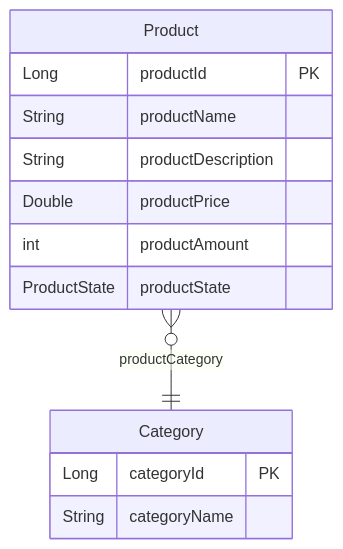
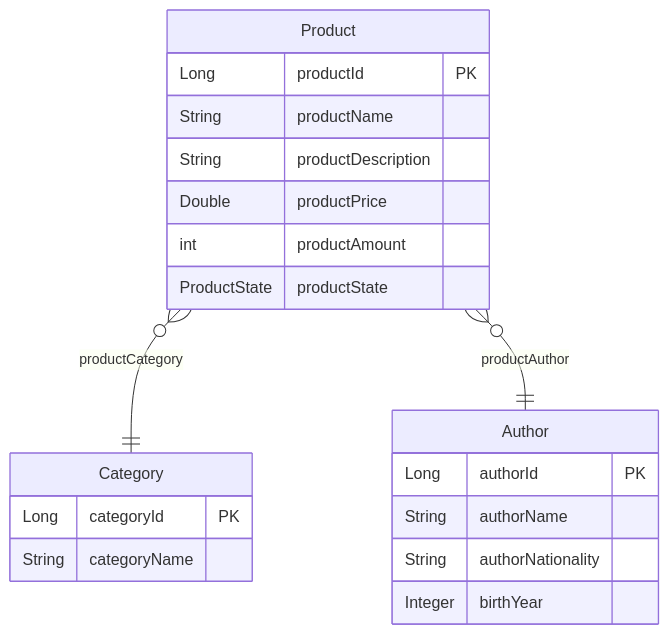
The third of 4 diagrams in README.md (AndresGraneroSala/inventory-api), drawn with Mermaid before and after one commit. The commit also changed other lines of this file and 12 other files, not shown here.

Commit message:
(full opencode test) add Author entity with full CRUD and Product relationship

````diff
--- a/README.md
+++ b/README.md
@@ -238,16 +262,23 @@
 ```mermaid
 erDiagram
     Product {
         Long productId PK
         String productName
         String productDescription
         Double productPrice
         int productAmount
         ProductState productState
     }
     Category {
         Long categoryId PK
         String categoryName
     }
+    Author {
+        Long authorId PK
+        String authorName
+        String authorNationality
+        Integer birthYear
+    }
     Product }o--|| Category : "productCategory"
+    Product }o--|| Author : "productAuthor"
 ```
````
